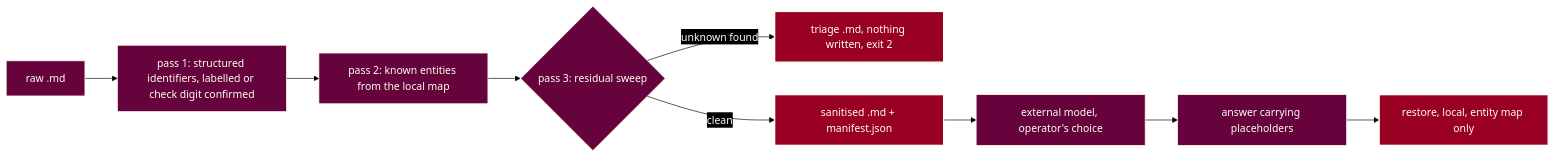
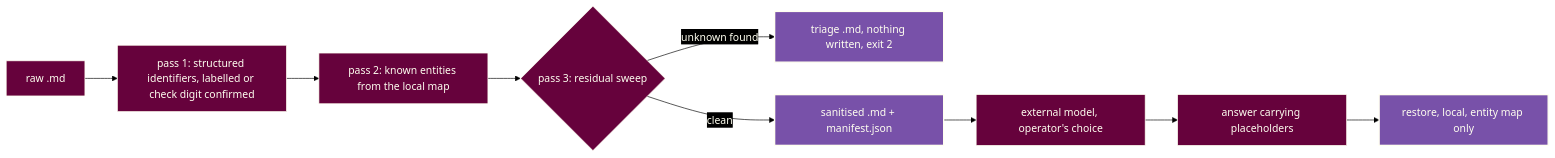
The diagram in packages/evatt/DATA-FLOW.md (ryanduguid/accounting-review-pipeline), drawn with Mermaid before and after one commit. The commit also changed 4 other files, not shown here.

First line of the commit message:
Apply four-colour Mermaid palette (#334)

````diff
--- a/packages/evatt/DATA-FLOW.md
+++ b/packages/evatt/DATA-FLOW.md
@@ -20,15 +20,15 @@
 ```mermaid
 flowchart LR
-%%{init: {"theme": "base", "themeVariables": {"background": "#000000", "primaryColor": "#66023C", "primaryTextColor": "#FFFFF0", "primaryBorderColor": "#FFFFF0", "lineColor": "#000000", "textColor": "#FFFFF0", "edgeLabelBackground": "#000000", "clusterBkg": "#000000", "clusterBorder": "#FFFFF0", "titleColor": "#FFFFF0"}, "themeCSS": ".flowchart-link, .relationshipLine, marker path { filter: drop-shadow(0px 1px 0px #FFFFF0) drop-shadow(0px -1px 0px #FFFFF0) drop-shadow(1px 0px 0px #FFFFF0) drop-shadow(-1px 0px 0px #FFFFF0); }"}}%%
+%%{init: {"theme": "base", "look": "classic", "themeVariables": {"background": "#000000", "primaryColor": "#66023C", "primaryTextColor": "#FFFFF0", "primaryBorderColor": "#FFFFF0", "lineColor": "#000000", "textColor": "#FFFFF0", "edgeLabelBackground": "#000000", "clusterBkg": "#000000", "clusterBorder": "#FFFFF0", "titleColor": "#FFFFF0"}, "themeCSS": ".flowchart-link, .relationshipLine, marker path { filter: drop-shadow(0px 1px 0px #FFFFF0) drop-shadow(0px -1px 0px #FFFFF0) drop-shadow(1px 0px 0px #FFFFF0) drop-shadow(-1px 0px 0px #FFFFF0); }"}}%%
     Raw["raw .md"] --> Structured["pass 1: structured identifiers, labelled or check digit confirmed"]
     Structured --> Entities["pass 2: known entities from the local map"]
     Entities --> Residual{"pass 3: residual sweep"}
     Residual -->|unknown found| Halt["triage .md, nothing written, exit 2"]
     Residual -->|clean| Out["sanitised .md + manifest.json"]
     Out --> Model["external model, operator's choice"]
     Model --> Answer["answer carrying placeholders"]
     Answer --> Restore["restore, local, entity map only"]
-    style Halt fill:#990024,stroke:#FFFFF0,stroke-width:2px,color:#FFFFF0
-    style Out fill:#990024,stroke:#FFFFF0,stroke-width:2px,color:#FFFFF0
-    style Restore fill:#990024,stroke:#FFFFF0,stroke-width:2px,color:#FFFFF0
+    style Halt fill:#7851A9,stroke:#FFFFF0,stroke-width:2px,color:#FFFFF0
+    style Out fill:#7851A9,stroke:#FFFFF0,stroke-width:2px,color:#FFFFF0
+    style Restore fill:#7851A9,stroke:#FFFFF0,stroke-width:2px,color:#FFFFF0
 ```
````
